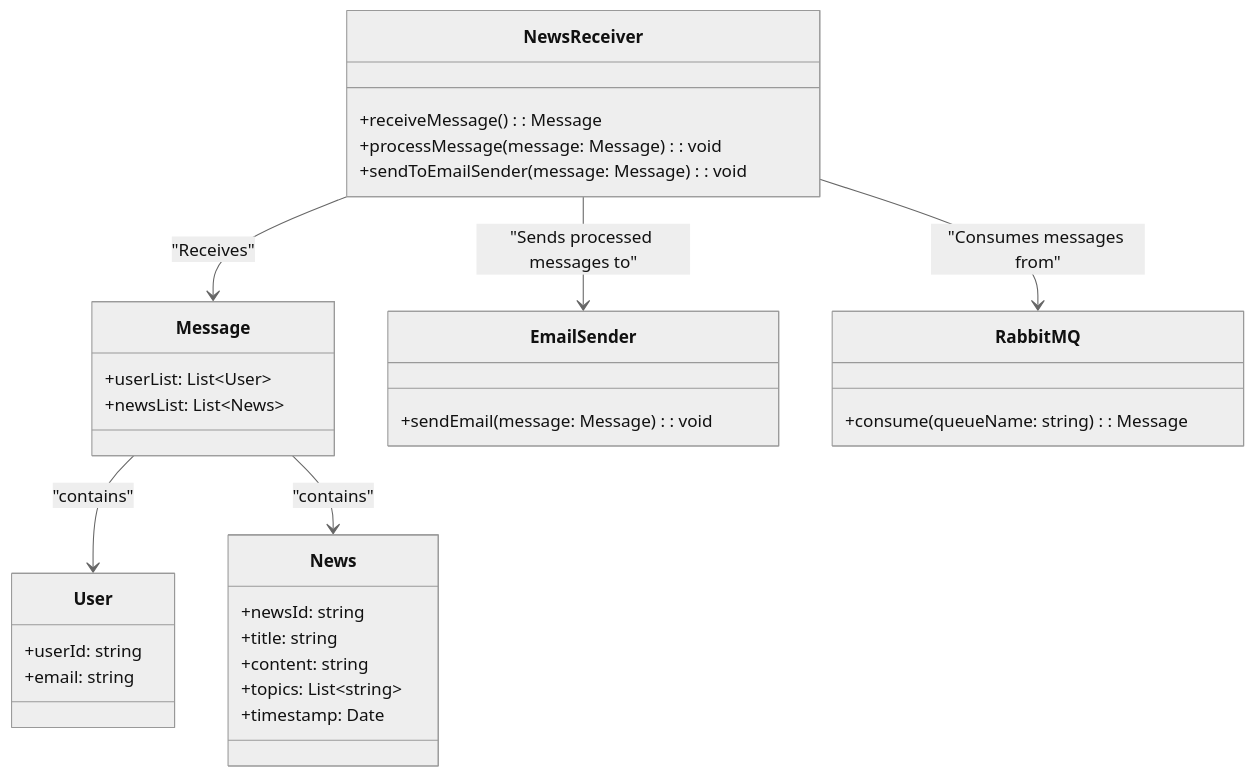
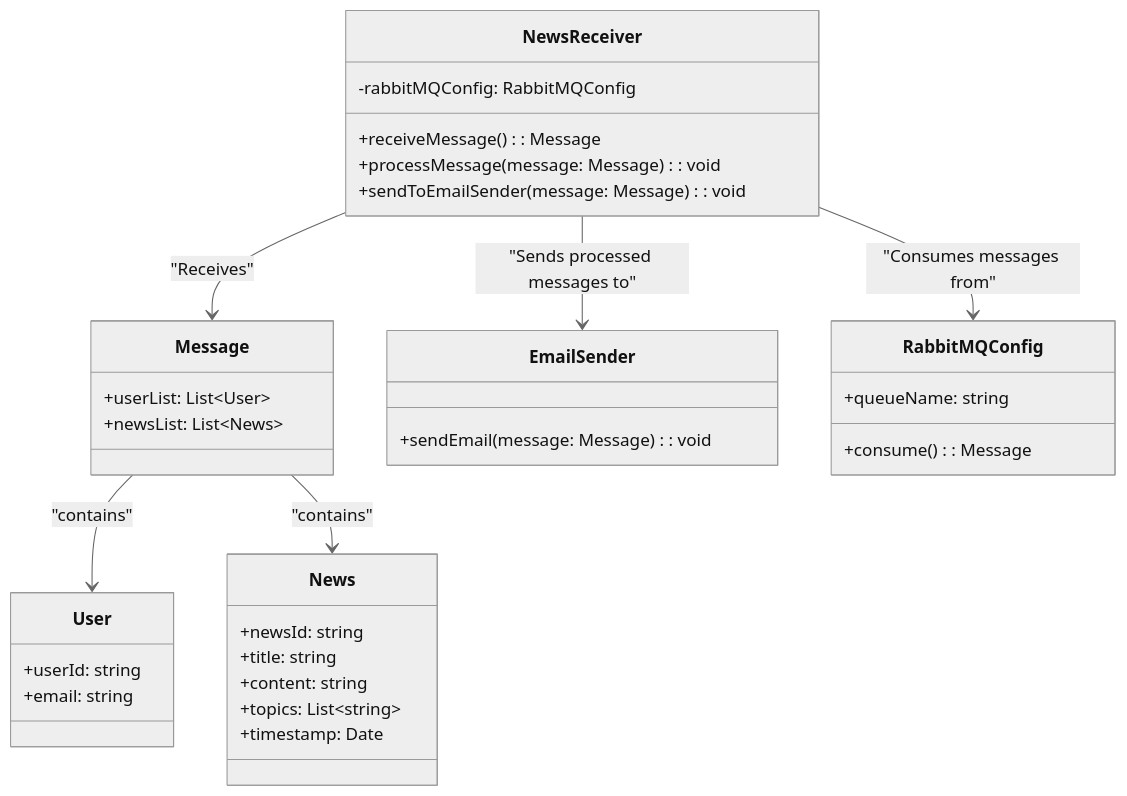
One commit to KevinOmega/NewsAppC4Model changed the diagram in Diagrams/EmailService/NewsReceiver.mmd. Above: the diagram before and after it, drawn with Mermaid. The commit also changed 19 other files, not shown here.

```diff
--- a/Diagrams/EmailService/NewsReceiver.mmd
+++ b/Diagrams/EmailService/NewsReceiver.mmd
@@ -1,39 +1,41 @@
 %%{init: {"theme": "neutral"}}%%
 classDiagram
     class NewsReceiver {
+        -rabbitMQConfig: RabbitMQConfig
         +receiveMessage(): Message
         +processMessage(message: Message): void
         +sendToEmailSender(message: Message): void
     }
 
     class Message {
         +userList: List&lt;User&gt;
         +newsList: List&lt;News&gt;
     }
 
     class User {
         +userId: string
         +email: string
     }
 
     class News {
         +newsId: string
         +title: string
         +content: string
         +topics: List&lt;string&gt;
         +timestamp: Date
     }
 
     class EmailSender {
         +sendEmail(message: Message): void
     }
 
-    class RabbitMQ {
-        +consume(queueName: string): Message
+    class RabbitMQConfig {
+        +queueName: string
+        +consume(): Message
     }
 
     NewsReceiver --> Message : "Receives"
-    NewsReceiver --> RabbitMQ : "Consumes messages from"
+    NewsReceiver --> RabbitMQConfig : "Consumes messages from"
     NewsReceiver --> EmailSender : "Sends processed messages to"
     Message --> User : "contains"
     Message --> News : "contains"
```
